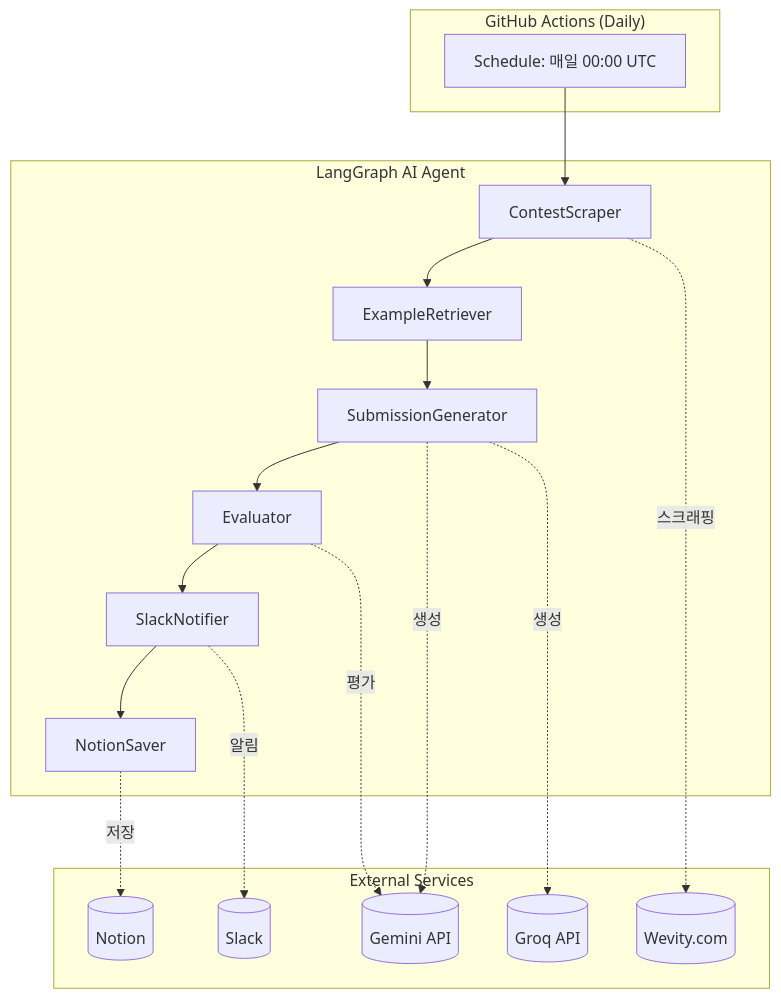
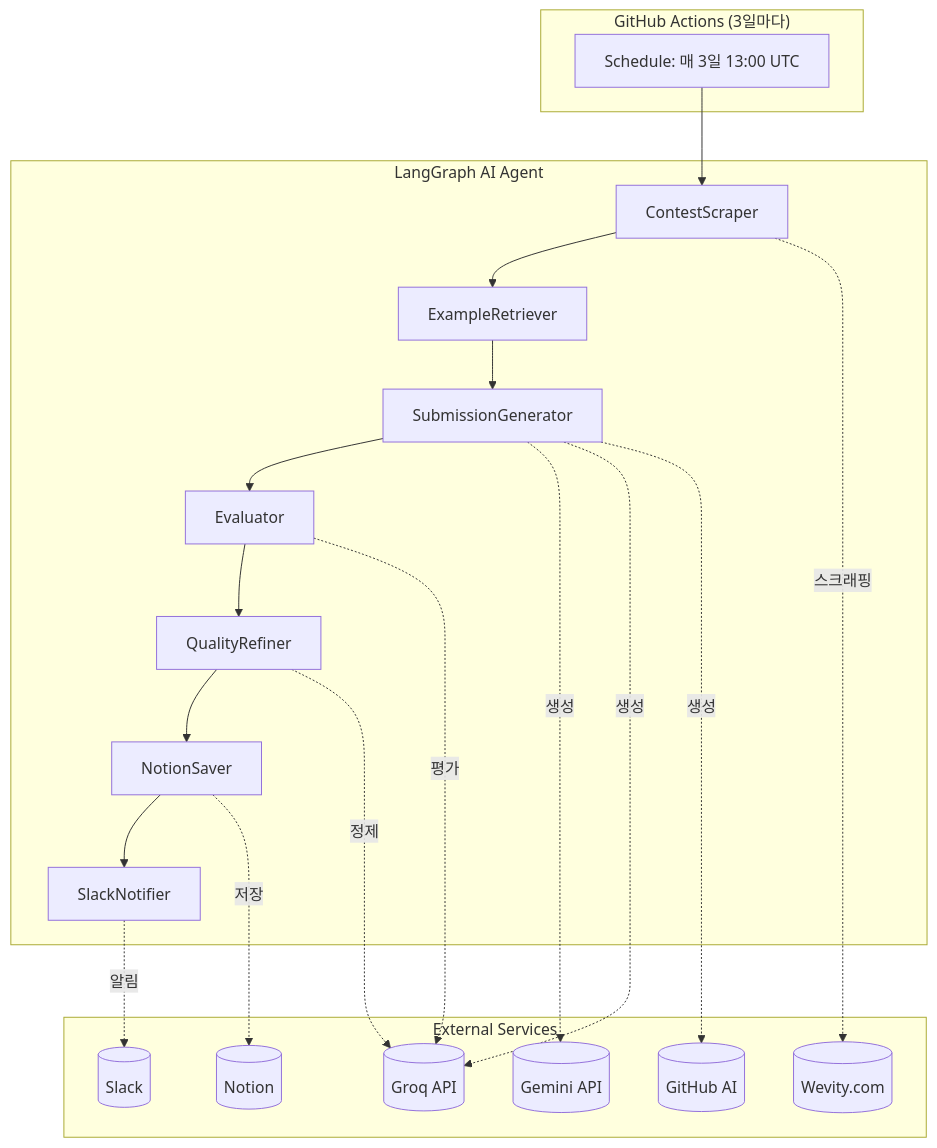
The first of 2 diagrams in agent/langgraph-guide.md (joelonsw/fast-naming), drawn with Mermaid before and after one commit. The commit also changed other lines of this file and 4 other files, not shown here.

````diff
--- a/agent/langgraph-guide.md
+++ b/agent/langgraph-guide.md
@@ -15,30 +17,34 @@
 ```mermaid
 flowchart TD
-    subgraph Trigger ["GitHub Actions (Daily)"]
-        T[Schedule: 매일 00:00 UTC]
+    subgraph Trigger ["GitHub Actions (3일마다)"]
+        T[Schedule: 매 3일 13:00 UTC]
     end
 
     subgraph Agent ["LangGraph AI Agent"]
         A[ContestScraper] --> B[ExampleRetriever]
         B --> C[SubmissionGenerator]
         C --> D[Evaluator]
-        D --> E[SlackNotifier]
+        D --> E[QualityRefiner]
         E --> F[NotionSaver]
+        F --> G[SlackNotifier]
     end
 
     subgraph External ["External Services"]
         W[(Wevity.com)]
         S[(Slack)]
         N[(Notion)]
         LLM1[(Gemini API)]
         LLM2[(Groq API)]
+        LLM3[(GitHub AI)]
     end
 
     T --> A
     A -.->|스크래핑| W
     C -.->|생성| LLM1
     C -.->|생성| LLM2
-    D -.->|평가| LLM1
-    E -.->|알림| S
+    C -.->|생성| LLM3
+    D -.->|평가| LLM2
+    E -.->|정제| LLM2
     F -.->|저장| N
+    G -.->|알림| S
 ```
````
